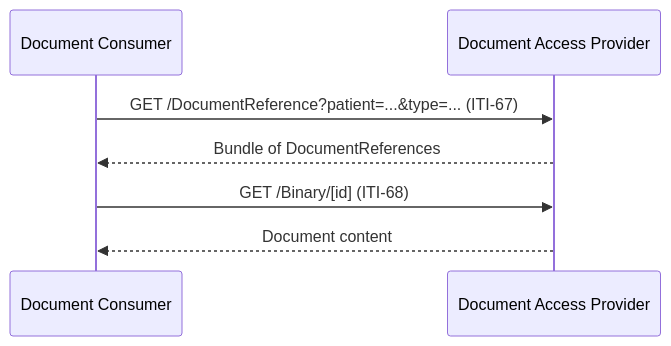
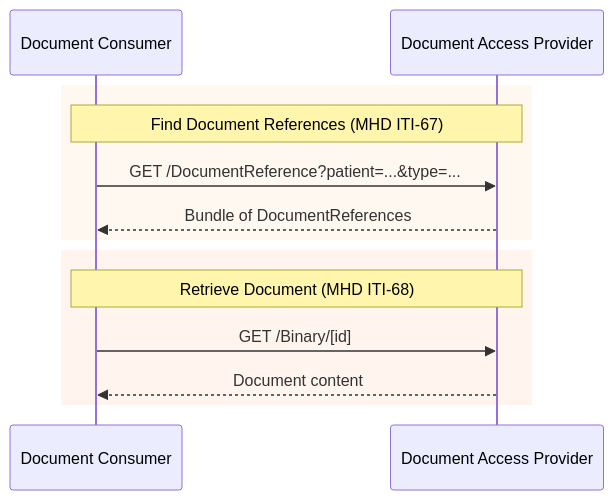
The diagram in input/pagecontent/document-exchange.md (euridice-org/jwg-api), drawn with Mermaid before and after one commit. The commit also changed other lines of this file and 3 other files, not shown here.

First line of the commit message:
Improve sequence diagrams with IHE transaction labels and actor clarity

````diff
--- a/input/pagecontent/document-exchange.md
+++ b/input/pagecontent/document-exchange.md
@@ -25,11 +25,17 @@
 ```mermaid
 sequenceDiagram
     participant Consumer as Document Consumer
     participant Provider as Document Access Provider
 
-    Consumer->>Provider: GET /DocumentReference?patient=...&type=... (ITI-67)
+    rect rgb(255, 248, 240)
+    Note over Consumer,Provider: Find Document References (MHD ITI-67)
+    Consumer->>Provider: GET /DocumentReference?patient=...&type=...
     Provider-->>Consumer: Bundle of DocumentReferences
+    end
 
-    Consumer->>Provider: GET /Binary/[id] (ITI-68)
+    rect rgb(255, 245, 238)
+    Note over Consumer,Provider: Retrieve Document (MHD ITI-68)
+    Consumer->>Provider: GET /Binary/[id]
     Provider-->>Consumer: Document content
+    end
 ```
````
